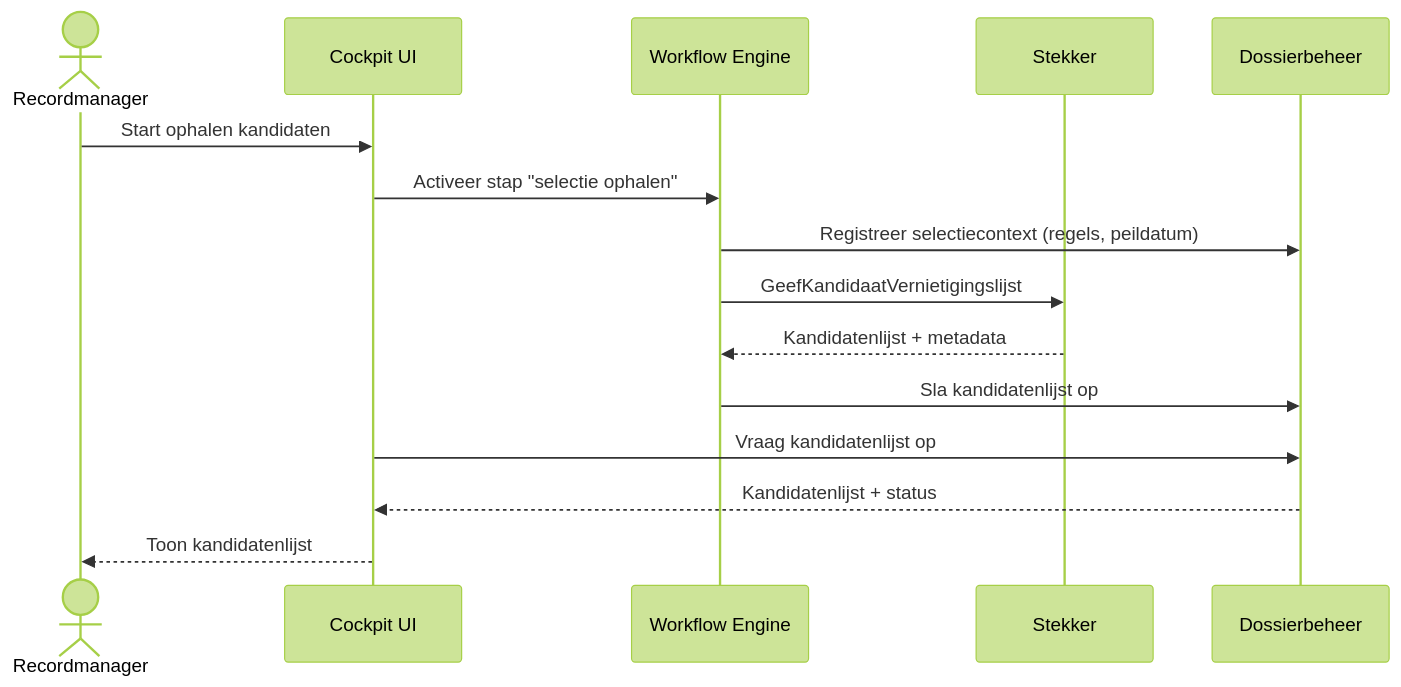
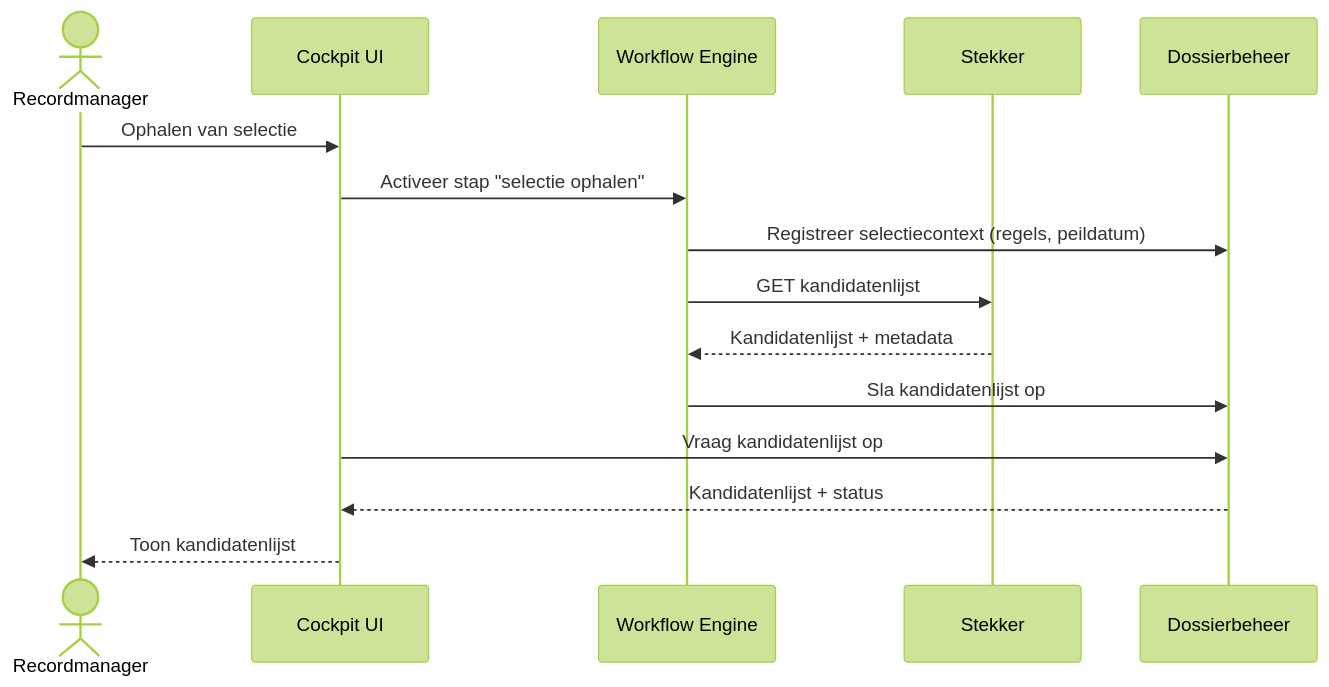
One commit to GemeenteArnhem/Vernietigingscockpit changed the second of 11 diagrams in architectuur/sequence-diagrammen.md. Above: the diagram before and after it, drawn with Mermaid (forest theme). The commit also changed other lines of this file and 14 other files, not shown here.

````diff
--- a/architectuur/sequence-diagrammen.md
+++ b/architectuur/sequence-diagrammen.md
@@ -39,21 +39,21 @@
 ```mermaid
 sequenceDiagram
     actor RM as Recordmanager
     participant UI as Cockpit UI
     participant WF as Workflow Engine
     participant Stekker
     participant D as Dossierbeheer
 
-    RM ->> UI: Start ophalen kandidaten
+    RM ->> UI: Ophalen van selectie
     UI ->> WF: Activeer stap "selectie ophalen"
 
     WF ->> D: Registreer selectiecontext (regels, peildatum)
-    WF ->> Stekker: GeefKandidaatVernietigingslijst
+    WF ->> Stekker: GET kandidatenlijst
 
     Stekker -->> WF: Kandidatenlijst + metadata
     WF ->> D: Sla kandidatenlijst op
 
     UI ->> D: Vraag kandidatenlijst op
     D -->> UI: Kandidatenlijst + status
     UI -->> RM: Toon kandidatenlijst
 ```
````
